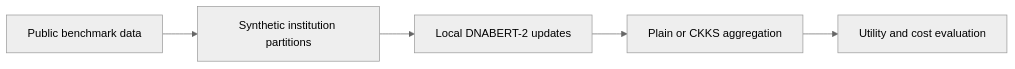
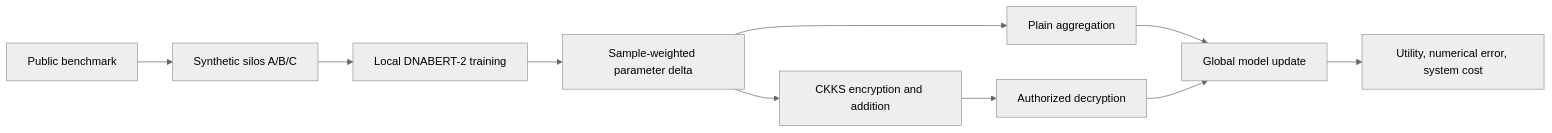
Before and after one commit to CHOMINWOO1/DNABERT2-HE-Federated: the diagram in README.md, drawn with Mermaid (neutral theme). The commit also changed other lines of this file, not shown here.

Commit message:
Expand README with architecture, results and reproduction guidance

````diff
--- a/README.md
+++ b/README.md
@@ -12,7 +27,12 @@
 ```mermaid
 flowchart LR
-    A[Public benchmark data] --> B[Synthetic institution partitions]
-    B --> C[Local DNABERT-2 updates]
-    C --> D[Plain or CKKS aggregation]
-    D --> E[Utility and cost evaluation]
+    A[Public benchmark] --> B[Synthetic silos A/B/C]
+    B --> C[Local DNABERT-2 training]
+    C --> D[Sample-weighted parameter delta]
+    D --> E[Plain aggregation]
+    D --> F[CKKS encryption and addition]
+    E --> G[Global model update]
+    F --> H[Authorized decryption]
+    H --> G
+    G --> I[Utility, numerical error, system cost]
 ```
````
